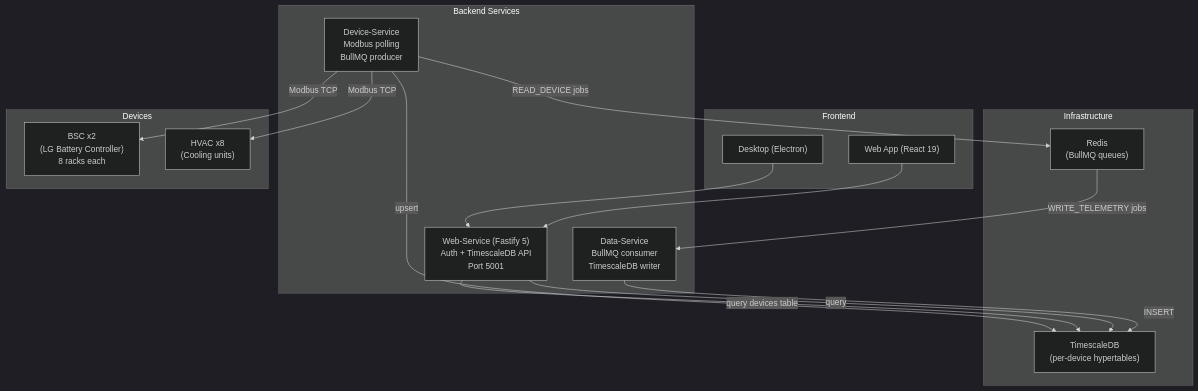
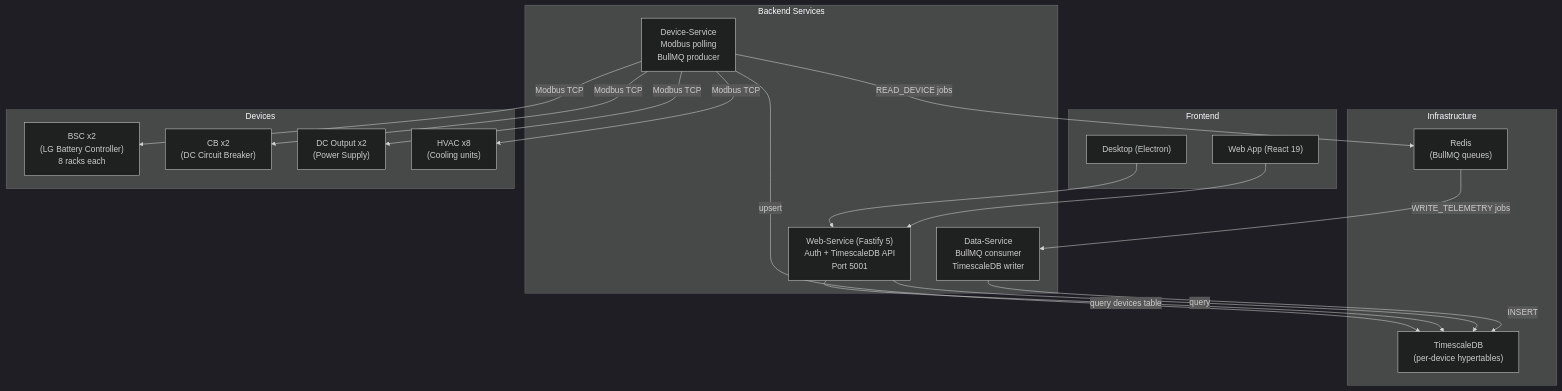
One commit to ilterisYucel/monorepo-bun-starter changed the first of 2 diagrams in README.md. Above: the diagram before and after it, drawn with Mermaid (dark theme). The commit also changed other lines of this file and 16 other files, not shown here.

````diff
--- a/README.md
+++ b/README.md
@@ -9,34 +9,38 @@
 ```mermaid
 flowchart TB
     subgraph FRONTEND["Frontend"]
         WEB["Web App (React 19)"]
         DESKTOP["Desktop (Electron)"]
     end
 
     subgraph BACKEND["Backend Services"]
         WS["Web-Service (Fastify 5)\nAuth + TimescaleDB API\nPort 5001"]
         DEV["Device-Service\nModbus polling\nBullMQ producer"]
         DATA["Data-Service\nBullMQ consumer\nTimescaleDB writer"]
     end
 
     subgraph INFRA["Infrastructure"]
         TSDB["TimescaleDB\n(per-device hypertables)"]
         REDIS["Redis\n(BullMQ queues)"]
     end
 
     subgraph DEVICES["Devices"]
         BSC["BSC x2\n(LG Battery Controller)\n8 racks each"]
+        CB["CB x2\n(DC Circuit Breaker)"]
+        DCO["DC Output x2\n(Power Supply)"]
         HVAC["HVAC x8\n(Cooling units)"]
     end
 
     WEB --> WS
     DESKTOP --> WS
     DEV -->|READ_DEVICE jobs| REDIS
     REDIS -->|WRITE_TELEMETRY jobs| DATA
     DATA -->|INSERT| TSDB
     WS -->|query| TSDB
     WS -->|query devices table| TSDB
     DEV -->|Modbus TCP| BSC
     DEV -->|Modbus TCP| HVAC
+    DEV -->|Modbus TCP| CB
+    DEV -->|Modbus TCP| DCO
     DEV -->|upsert| TSDB
 ```
````
